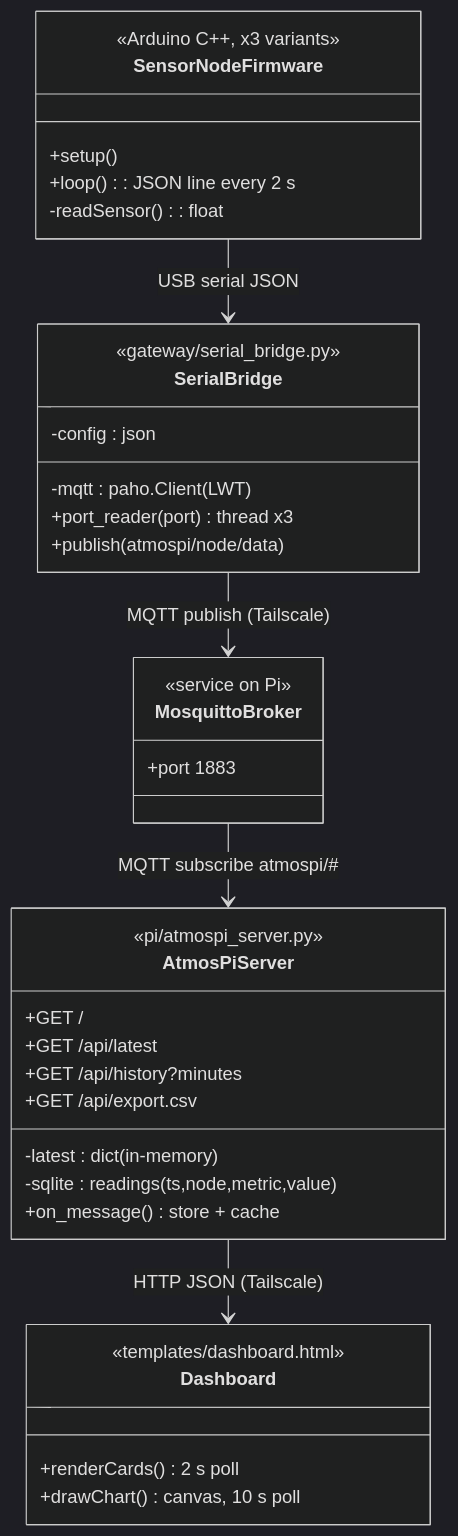
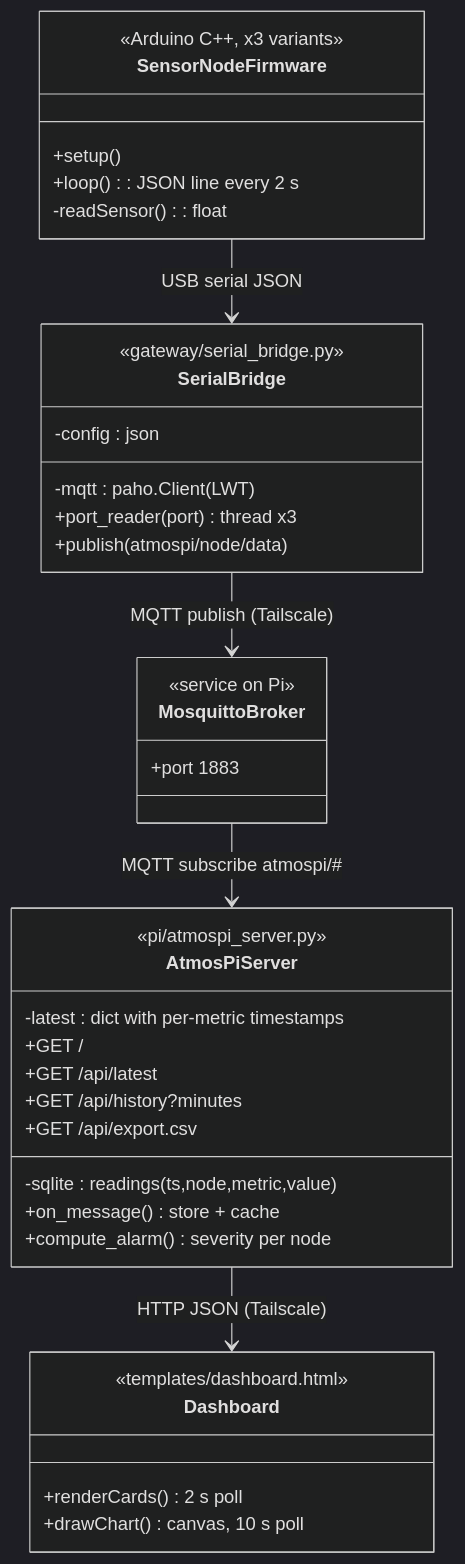
Before and after one commit to Oluwasholape/SS2026_AES_LAB_GROUP_A2: the second of 2 diagrams in project/README.md, drawn with Mermaid (dark theme). The commit also changed other lines of this file, not shown here.

````diff
--- a/project/README.md
+++ b/project/README.md
@@ -136,39 +138,40 @@
 ```mermaid
 classDiagram
   class SensorNodeFirmware {
     <<Arduino C++, x3 variants>>
     +setup()
     +loop() : JSON line every 2 s
     -readSensor() : float
   }
   class SerialBridge {
     <<gateway/serial_bridge.py>>
     -config : json
     -mqtt : paho.Client (LWT)
     +port_reader(port) thread x3
     +publish(atmospi/node/data)
   }
   class MosquittoBroker {
     <<service on Pi>>
     +port 1883
   }
   class AtmosPiServer {
     <<pi/atmospi_server.py>>
-    -latest : dict (in-memory)
+    -latest : dict with per-metric timestamps
     -sqlite : readings(ts,node,metric,value)
     +on_message() store + cache
+    +compute_alarm() severity per node
     +GET /
     +GET /api/latest
     +GET /api/history?minutes
     +GET /api/export.csv
   }
   class Dashboard {
     <<templates/dashboard.html>>
     +renderCards() 2 s poll
     +drawChart() canvas, 10 s poll
   }
   SensorNodeFirmware --> SerialBridge : USB serial JSON
   SerialBridge --> MosquittoBroker : MQTT publish (Tailscale)
   MosquittoBroker --> AtmosPiServer : MQTT subscribe atmospi/#
   AtmosPiServer --> Dashboard : HTTP JSON (Tailscale)
 ```
````
